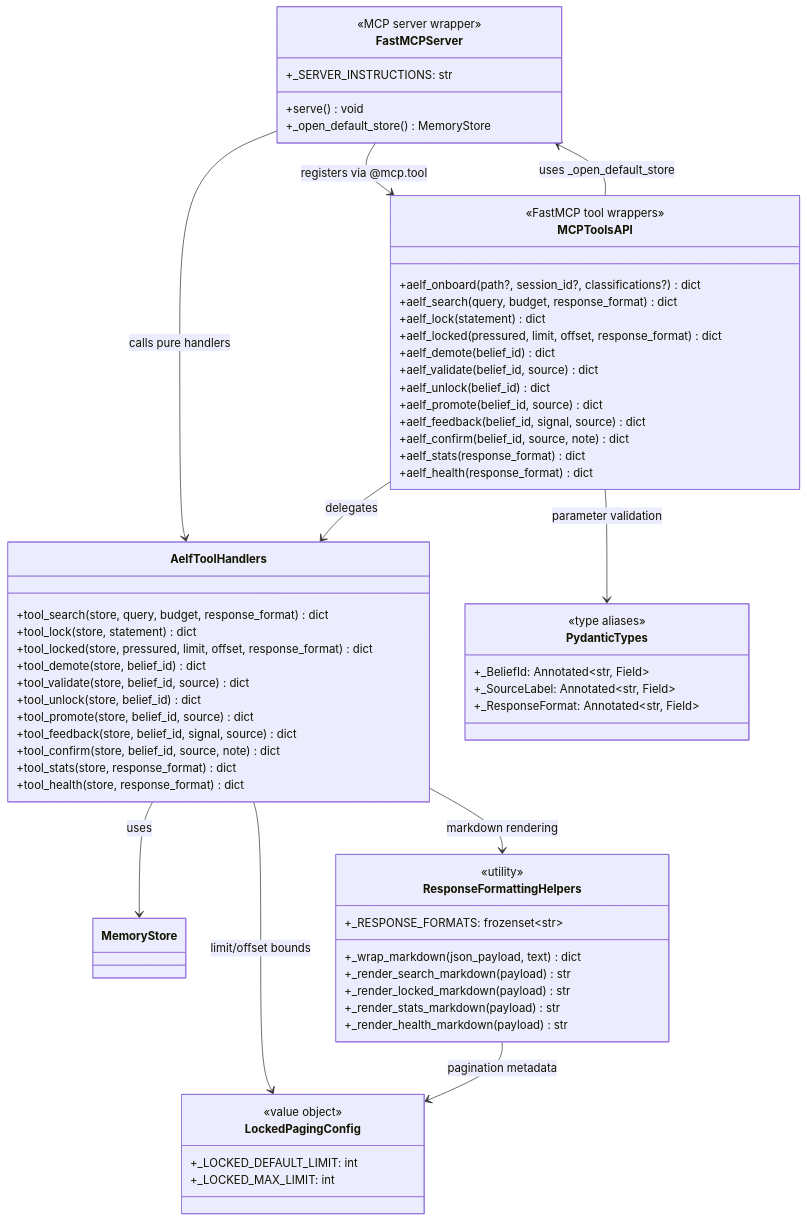
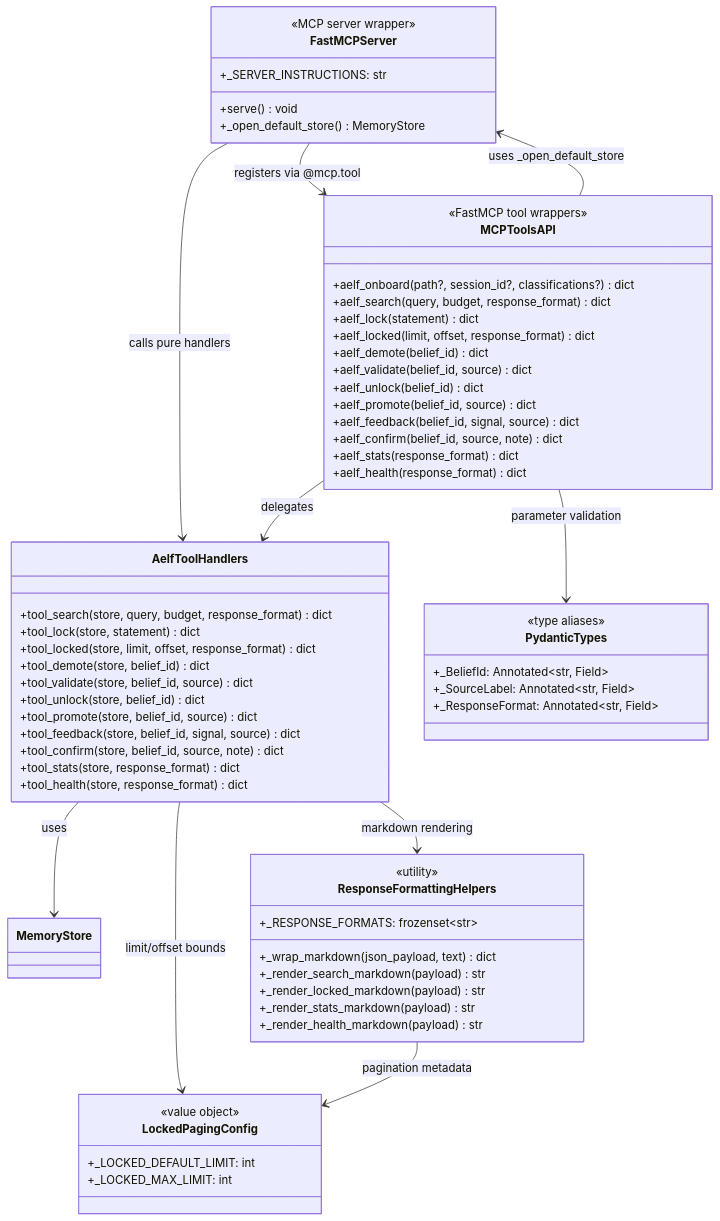
Before and after one commit to robotrocketscience/aelfrice: the second of 2 diagrams in docs/user/MCP.md, drawn with Mermaid. The commit also changed other lines of this file and 2 other files, not shown here.

````diff
--- a/docs/user/MCP.md
+++ b/docs/user/MCP.md
@@ -173,68 +173,68 @@
 ```mermaid
 classDiagram
   class MemoryStore
   class AelfToolHandlers {
     +tool_search(store, query, budget, response_format) dict
     +tool_lock(store, statement) dict
-    +tool_locked(store, pressured, limit, offset, response_format) dict
+    +tool_locked(store, limit, offset, response_format) dict
     +tool_demote(store, belief_id) dict
     +tool_validate(store, belief_id, source) dict
     +tool_unlock(store, belief_id) dict
     +tool_promote(store, belief_id, source) dict
     +tool_feedback(store, belief_id, signal, source) dict
     +tool_confirm(store, belief_id, source, note) dict
     +tool_stats(store, response_format) dict
     +tool_health(store, response_format) dict
   }
   class ResponseFormattingHelpers {
     <<utility>>
     +_wrap_markdown(json_payload, text) dict
     +_render_search_markdown(payload) str
     +_render_locked_markdown(payload) str
     +_render_stats_markdown(payload) str
     +_render_health_markdown(payload) str
     +_RESPONSE_FORMATS: frozenset~str~
   }
   class LockedPagingConfig {
     <<value object>>
     +_LOCKED_DEFAULT_LIMIT: int
     +_LOCKED_MAX_LIMIT: int
   }
   class PydanticTypes {
     <<type aliases>>
     +_BeliefId: Annotated~str, Field~
     +_SourceLabel: Annotated~str, Field~
     +_ResponseFormat: Annotated~str, Field~
   }
   class FastMCPServer {
     <<MCP server wrapper>>
     +serve() void
     +_open_default_store() MemoryStore
     +_SERVER_INSTRUCTIONS: str
   }
   class MCPToolsAPI {
     <<FastMCP tool wrappers>>
     +aelf_onboard(path?, session_id?, classifications?) dict
     +aelf_search(query, budget, response_format) dict
     +aelf_lock(statement) dict
-    +aelf_locked(pressured, limit, offset, response_format) dict
+    +aelf_locked(limit, offset, response_format) dict
     +aelf_demote(belief_id) dict
     +aelf_validate(belief_id, source) dict
     +aelf_unlock(belief_id) dict
     +aelf_promote(belief_id, source) dict
     +aelf_feedback(belief_id, signal, source) dict
     +aelf_confirm(belief_id, source, note) dict
     +aelf_stats(response_format) dict
     +aelf_health(response_format) dict
   }
 
   FastMCPServer --> MCPToolsAPI : registers via @mcp.tool
   FastMCPServer --> AelfToolHandlers : calls pure handlers
   AelfToolHandlers --> MemoryStore : uses
   AelfToolHandlers --> ResponseFormattingHelpers : markdown rendering
   MCPToolsAPI --> FastMCPServer : uses _open_default_store
   MCPToolsAPI --> AelfToolHandlers : delegates
   MCPToolsAPI --> PydanticTypes : parameter validation
   AelfToolHandlers --> LockedPagingConfig : limit/offset bounds
   ResponseFormattingHelpers --> LockedPagingConfig : pagination metadata
 ```
````
